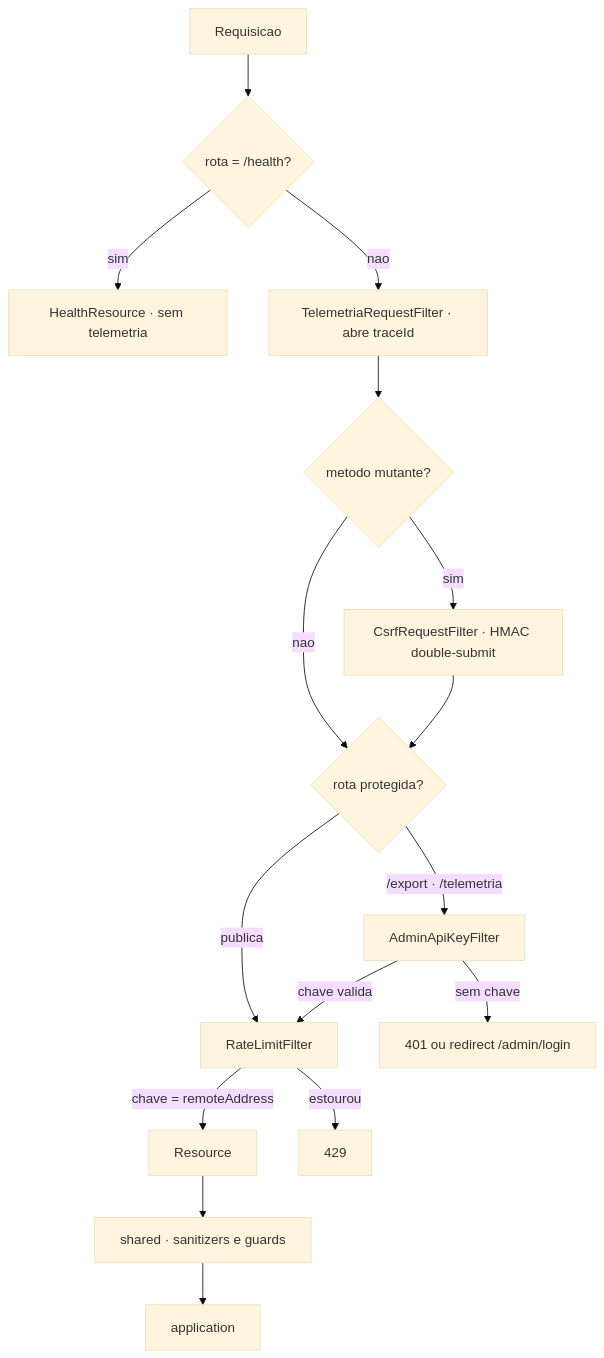
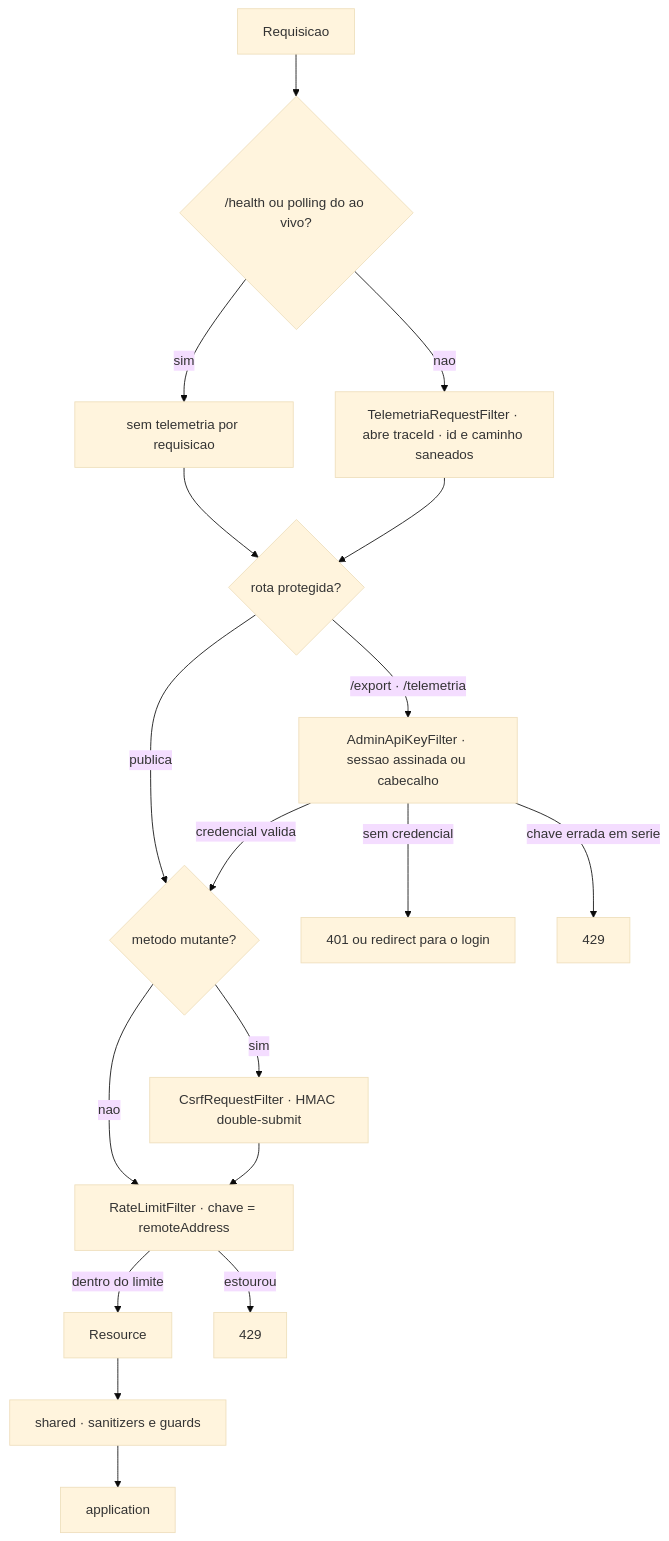
The eighth of 12 diagrams in src/main/resources/README.md (carmipa/framework-net-java-quarkus), drawn with Mermaid (base theme) before and after one commit. The commit also changed other lines of this file and 1 other file, not shown here.

````diff
--- a/src/main/resources/README.md
+++ b/src/main/resources/README.md
@@ -659,18 +660,20 @@
 ```mermaid
 flowchart TB
-    REQ[Requisicao] --> H{rota = /health?}
-    H -->|sim| SONDA[HealthResource · sem telemetria]
-    H -->|nao| T[TelemetriaRequestFilter · abre traceId]
-    T --> C{metodo mutante?}
+    REQ[Requisicao] --> H{/health ou polling do ao vivo?}
+    H -->|sim| SONDA[sem telemetria por requisicao]
+    H -->|nao| T[TelemetriaRequestFilter · abre traceId · id e caminho saneados]
+    SONDA --> ADM
+    T --> ADM{rota protegida?}
+    ADM -->|/export · /telemetria| KEY[AdminApiKeyFilter · sessao assinada ou cabecalho]
+    ADM -->|publica| C
+    KEY -->|sem credencial| L401[401 ou redirect para o login]
+    KEY -->|chave errada em serie| L429a[429]
+    KEY -->|credencial valida| C{metodo mutante?}
     C -->|sim| CSRF[CsrfRequestFilter · HMAC double-submit]
-    C -->|nao| ADM
-    CSRF --> ADM{rota protegida?}
-    ADM -->|/export · /telemetria| KEY[AdminApiKeyFilter]
-    ADM -->|publica| RL
-    KEY -->|sem chave| L401[401 ou redirect /admin/login]
-    KEY -->|chave valida| RL[RateLimitFilter]
-    RL -->|chave = remoteAddress| REC[Resource]
+    C -->|nao| RL
+    CSRF --> RL[RateLimitFilter · chave = remoteAddress]
+    RL -->|dentro do limite| REC[Resource]
     RL -->|estourou| L429[429]
     REC --> SAN[shared · sanitizers e guards]
     SAN --> APP[application]
 ```
````
